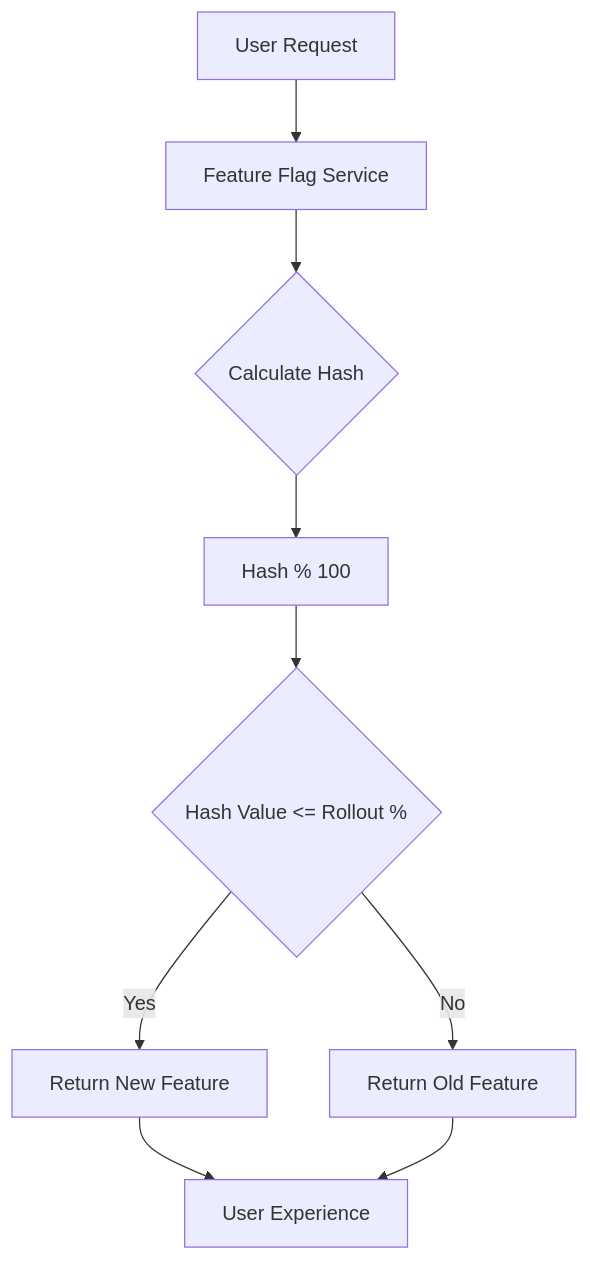
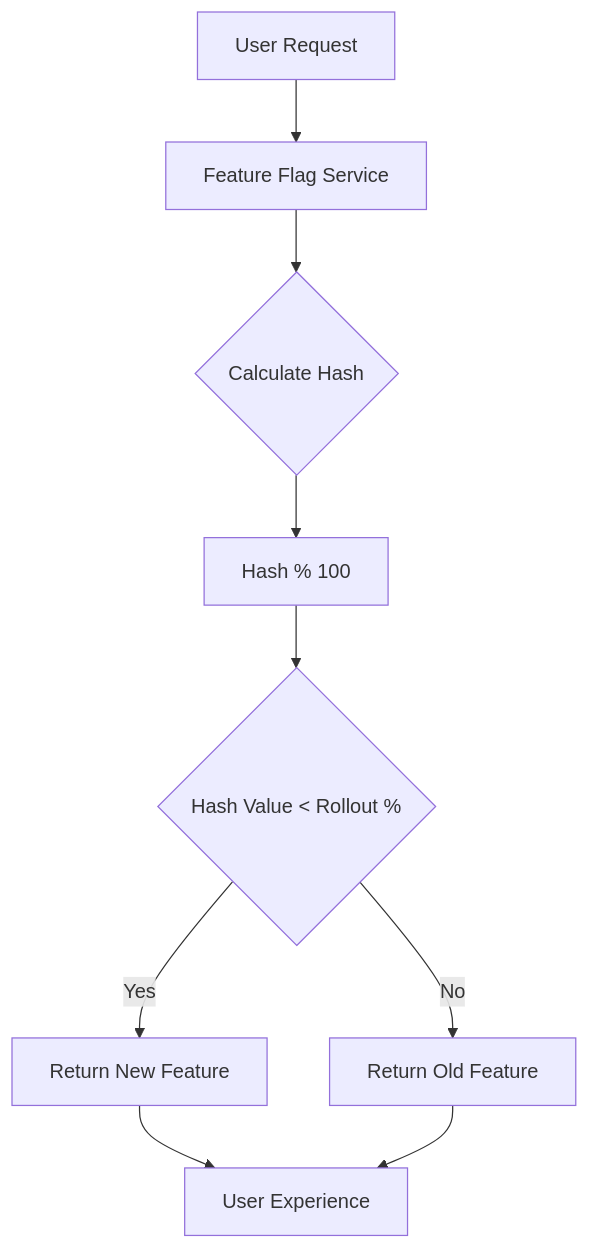
The first of 7 diagrams in posts/2026-01-30-percentage-rollout-flags/README.md (OneUptime/blog), drawn with Mermaid before and after one commit. The commit also changed other lines of this file and 2 other files, not shown here.

Commit message:
validate: 2026-01-30-percentage-rollout-flags

````diff
--- a/posts/2026-01-30-percentage-rollout-flags/README.md
+++ b/posts/2026-01-30-percentage-rollout-flags/README.md
@@ -31,11 +31,11 @@
 ```mermaid
 flowchart TD
     A[User Request] --> B[Feature Flag Service]
     B --> C{Calculate Hash}
     C --> D[Hash % 100]
-    D --> E{Hash Value <= Rollout %}
+    D --> E{Hash Value < Rollout %}
     E -->|Yes| F[Return New Feature]
     E -->|No| G[Return Old Feature]
     F --> H[User Experience]
     G --> H
 ```
````
